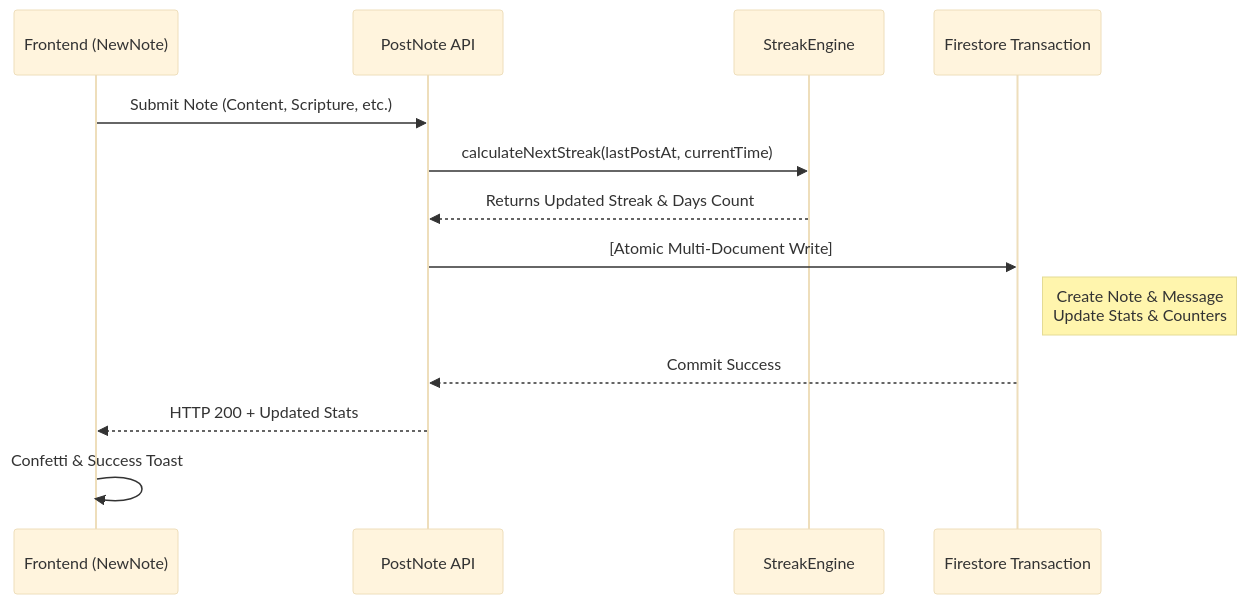
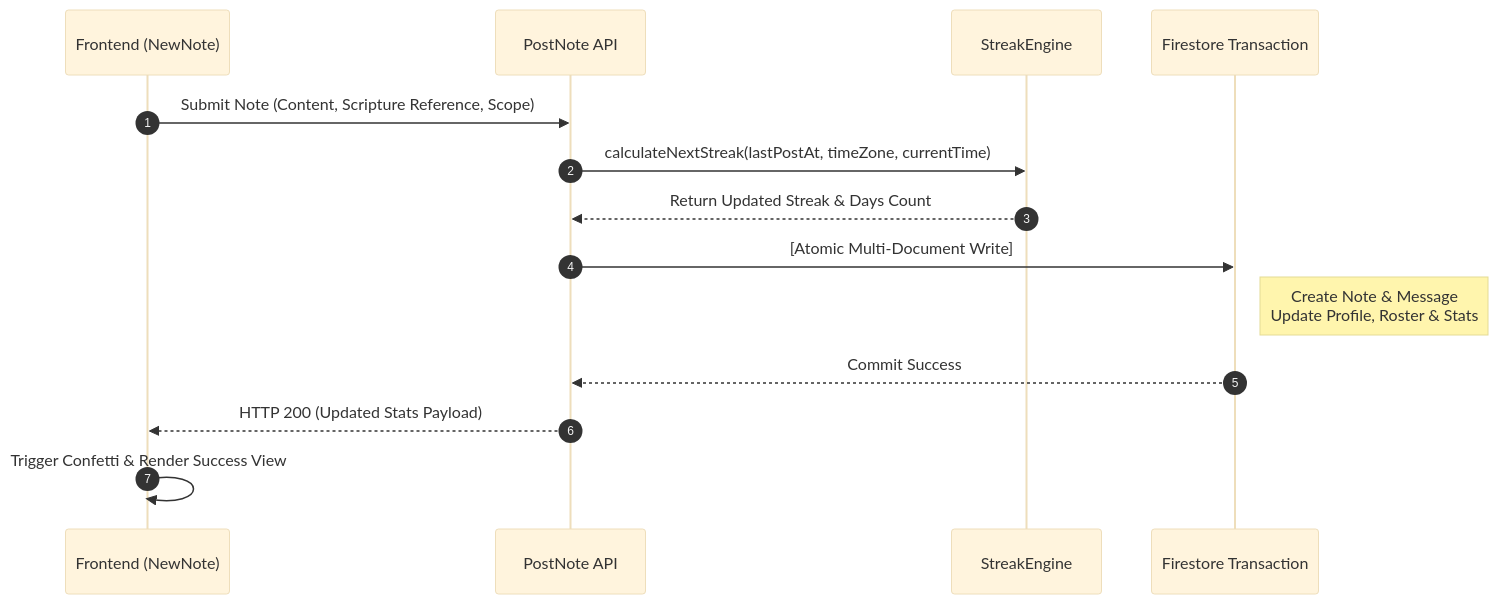
One commit to ScriptureHabit/scripture-habit changed the diagram in docs/logic-note-posting.md. Above: the diagram before and after it, drawn with Mermaid (base theme). The commit also changed other lines of this file and 57 other files, not shown here.

Commit message:
docs: refine documentation prose and add structured diagram breakdowns across JA and EN

````diff
--- a/docs/logic-note-posting.md
+++ b/docs/logic-note-posting.md
@@ -104,16 +104,17 @@
 ```mermaid
 sequenceDiagram
+    autonumber
     participant FE as Frontend (NewNote)
     participant API as PostNote API
     participant SE as StreakEngine
     participant DB as Firestore Transaction
     
-    FE->>API: Submit Note (Content, Scripture, etc.)
-    API->>SE: calculateNextStreak(lastPostAt, currentTime)
-    SE-->>API: Returns Updated Streak & Days Count
+    FE->>API: Submit Note (Content, Scripture Reference, Scope)
+    API->>SE: calculateNextStreak(lastPostAt, timeZone, currentTime)
+    SE-->>API: Return Updated Streak & Days Count
     API->>DB: [Atomic Multi-Document Write]
-    Note right of DB: Create Note & Message<br/>Update Stats & Counters
+    Note right of DB: Create Note & Message<br/>Update Profile, Roster & Stats
     DB-->>API: Commit Success
-    API-->>FE: HTTP 200 + Updated Stats
-    FE->>FE: Confetti & Success Toast
+    API-->>FE: HTTP 200 (Updated Stats Payload)
+    FE->>FE: Trigger Confetti & Render Success View
 ```
````
